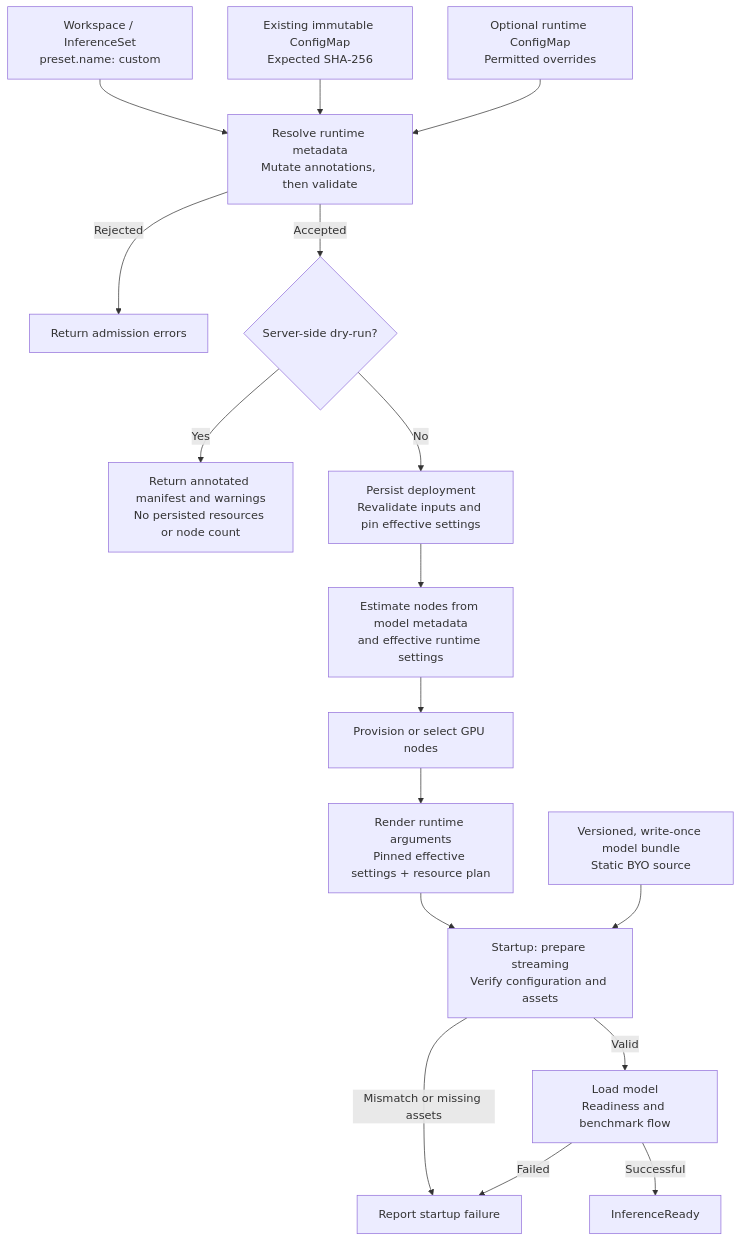
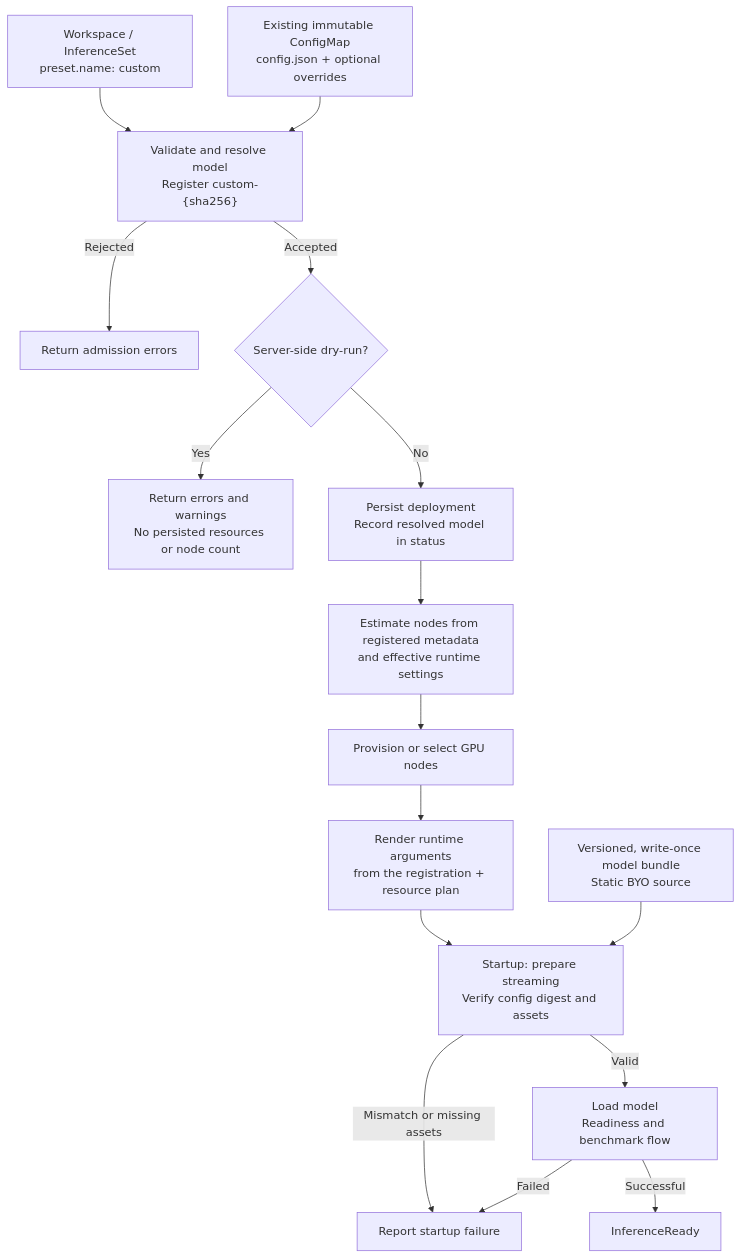
The diagram in docs/proposals/20260914-byo-weights.md (zhuangqh/kaito), drawn with Mermaid before and after one commit. The commit also changed other lines of this file, not shown here.

Commit message:
reuse configmap and remove annotations

````diff
--- a/docs/proposals/20260914-byo-weights.md
+++ b/docs/proposals/20260914-byo-weights.md
@@ -195,19 +171,18 @@
 ```mermaid
 flowchart TD
-    Request["Workspace / InferenceSet<br/>preset.name: custom"] --> Admission["Resolve runtime metadata<br/>Mutate annotations, then validate"]
-    Config["Existing immutable ConfigMap<br/>Expected SHA-256"] --> Admission
-    RuntimeConfig["Optional runtime ConfigMap<br/>Permitted overrides"] --> Admission
+    Request["Workspace / InferenceSet<br/>preset.name: custom"] --> Admission["Validate and resolve model<br/>Register custom-{sha256}"]
+    Config["Existing immutable ConfigMap<br/>config.json + optional overrides"] --> Admission
     Admission -->|Rejected| Error["Return admission errors"]
     Admission -->|Accepted| DryRun{"Server-side dry-run?"}
-    DryRun -->|Yes| Result["Return annotated manifest and warnings<br/>No persisted resources or node count"]
-    DryRun -->|No| Resolve["Persist deployment<br/>Revalidate inputs and pin effective settings"]
-    Resolve --> Estimate["Estimate nodes from model metadata<br/>and effective runtime settings"]
+    DryRun -->|Yes| Result["Return errors and warnings<br/>No persisted resources or node count"]
+    DryRun -->|No| Resolve["Persist deployment<br/>Record resolved model in status"]
+    Resolve --> Estimate["Estimate nodes from registered metadata<br/>and effective runtime settings"]
     Estimate --> Provision["Provision or select GPU nodes"]
-    Provision --> Render["Render runtime arguments<br/>Pinned effective settings + resource plan"]
-    Render --> Startup["Startup: prepare streaming<br/>Verify configuration and assets"]
+    Provision --> Render["Render runtime arguments<br/>from the registration + resource plan"]
+    Render --> Startup["Startup: prepare streaming<br/>Verify config digest and assets"]
     Bundle["Versioned, write-once model bundle<br/>Static BYO source"] --> Startup
     Startup -->|Mismatch or missing assets| Failed["Report startup failure"]
     Startup -->|Valid| Load["Load model<br/>Readiness and benchmark flow"]
     Load -->|Successful| Ready["InferenceReady"]
     Load -->|Failed| Failed
 ```
````
